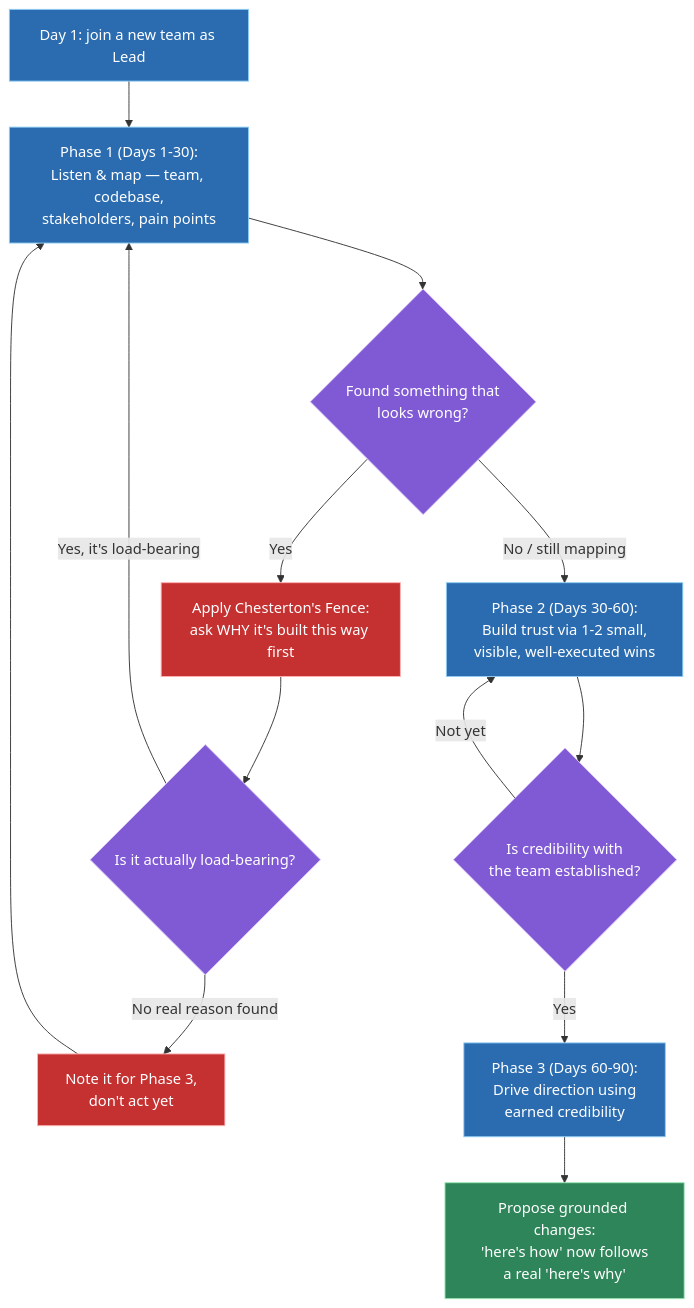
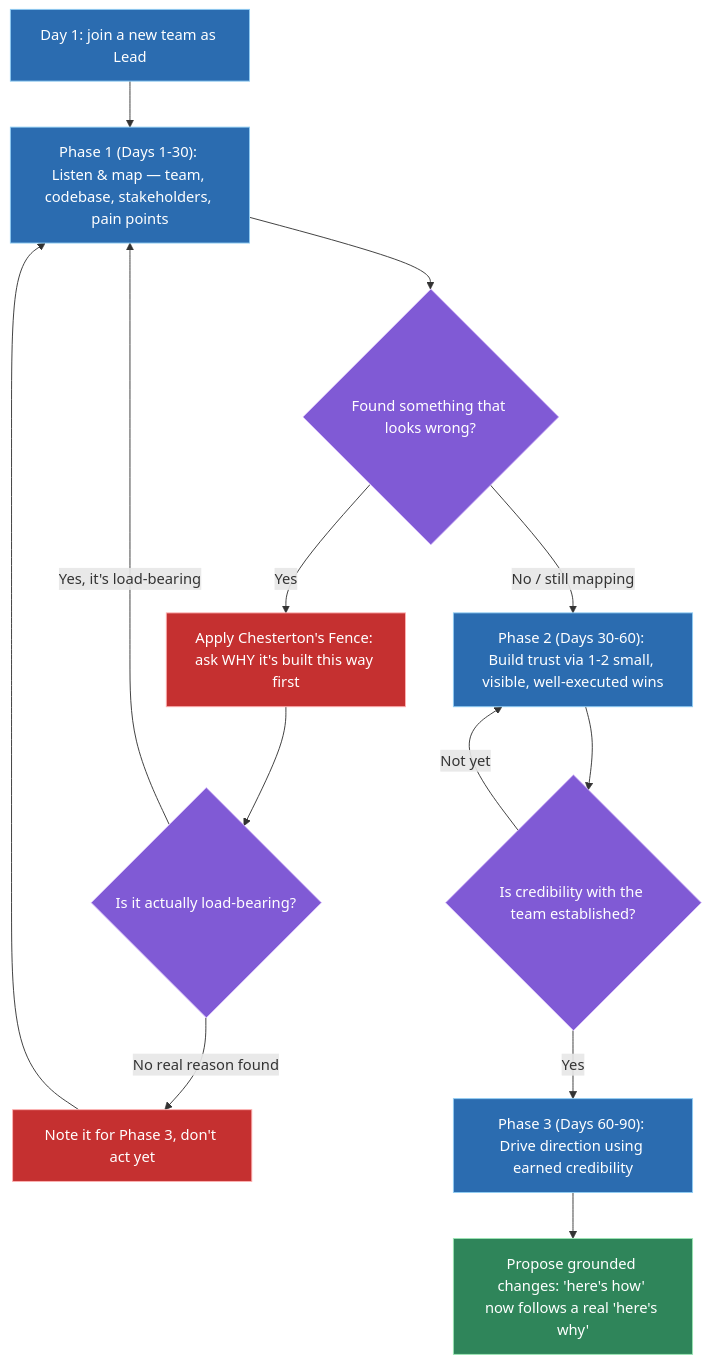
The first of 2 diagrams in data/topics/onboarding-lead.md (vinayakhumberi/litmus), drawn with Mermaid before and after one commit. The commit also changed other lines of this file and 68 other files, not shown here.

````diff
--- a/data/topics/onboarding-lead.md
+++ b/data/topics/onboarding-lead.md
@@ -103,25 +103,25 @@
 ```mermaid
 graph TD
-    A["Day 1: join a new team as Lead"] --> B["Phase 1 (Days 1-30):<br>Listen & map — team, codebase,<br>stakeholders, pain points"]
-    B --> C{"Found something that<br>looks wrong?"}
-    C -- "Yes" --> D["Apply Chesterton's Fence:<br>ask WHY it's built this way first"]
+    A["Day 1: join a new team as Lead"] --> B["Phase 1 (Days 1-30): Listen & map — team, codebase, stakeholders, pain points"]
+    B --> C{"Found something that looks wrong?"}
+    C -- "Yes" --> D["Apply Chesterton's Fence: ask WHY it's built this way first"]
     D --> E{"Is it actually load-bearing?"}
     E -- "Yes, it's load-bearing" --> B
-    E -- "No real reason found" --> F["Note it for Phase 3,<br>don't act yet"]
+    E -- "No real reason found" --> F["Note it for Phase 3, don't act yet"]
     F --> B
-    C -- "No / still mapping" --> G["Phase 2 (Days 30-60):<br>Build trust via 1-2 small,<br>visible, well-executed wins"]
-    G --> H{"Is credibility with<br>the team established?"}
+    C -- "No / still mapping" --> G["Phase 2 (Days 30-60): Build trust via 1-2 small, visible, well-executed wins"]
+    G --> H{"Is credibility with the team established?"}
     H -- "Not yet" --> G
-    H -- "Yes" --> I["Phase 3 (Days 60-90):<br>Drive direction using<br>earned credibility"]
-    I --> J["Propose grounded changes:<br>'here's how' now follows<br>a real 'here's why'"]
+    H -- "Yes" --> I["Phase 3 (Days 60-90): Drive direction using earned credibility"]
+    I --> J["Propose grounded changes: 'here's how' now follows a real 'here's why'"]
 
     classDef phase fill:#2b6cb0,stroke:#90cdf4,color:#fff
     classDef decision fill:#805ad5,stroke:#d6bcfa,color:#fff
     classDef caution fill:#c53030,stroke:#feb2b2,color:#fff
     classDef done fill:#2f855a,stroke:#9ae6b4,color:#fff
 
     class A,B,G,I phase
     class C,E,H decision
     class D,F caution
     class J done
 ```
````
